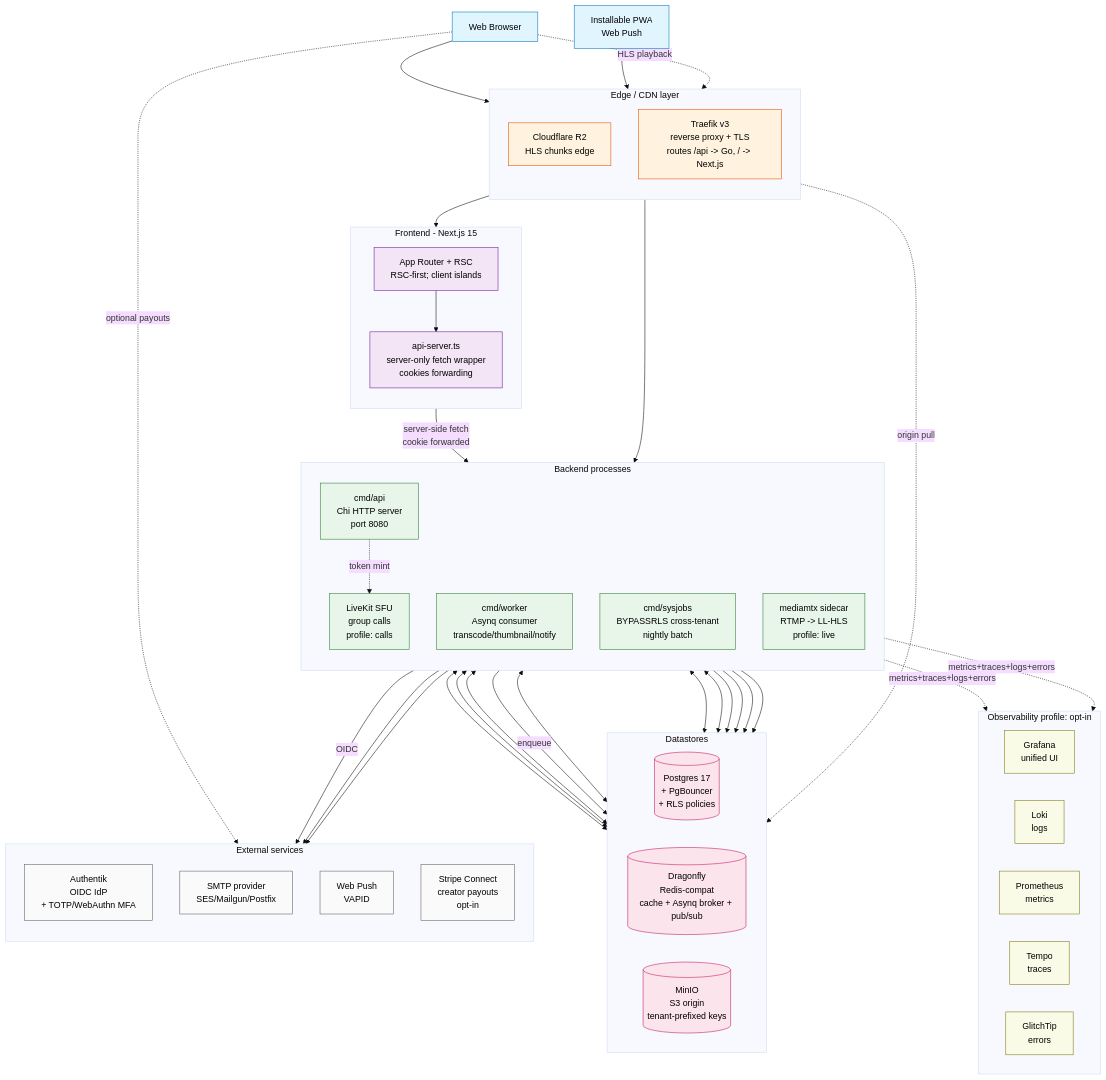
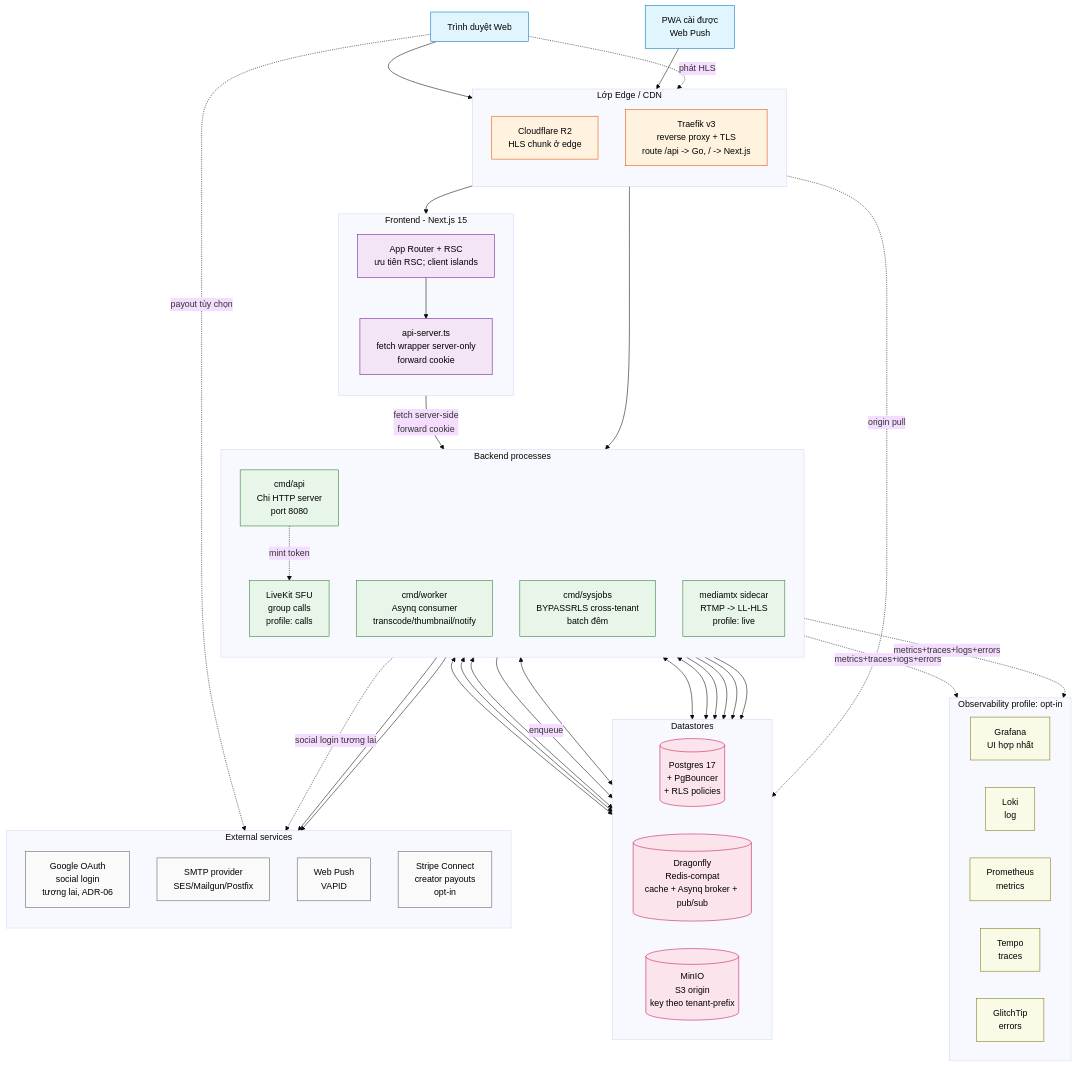
One commit to jackone2991/portal changed the first of 7 diagrams in doc/vi/diagrams.md. Above: the diagram before and after it, drawn with Mermaid (base theme). The commit also changed other lines of this file and 50 other files, not shown here.

````diff
--- a/doc/vi/diagrams.md
+++ b/doc/vi/diagrams.md
@@ -30,26 +30,26 @@
     classDef external fill:#fafafa,stroke:#616161,color:#000
     classDef observability fill:#f9fbe7,stroke:#827717,color:#000
 
-    Browser[Web Browser]:::user
-    PWA[Installable PWA<br/>Web Push]:::user
+    Browser[Trình duyệt Web]:::user
+    PWA[PWA cài được<br/>Web Push]:::user
 
-    subgraph EDGE[Edge / CDN layer]
+    subgraph EDGE[Lớp Edge / CDN]
         direction TB
-        R2[Cloudflare R2<br/>HLS chunks edge]:::edge
-        Traefik[Traefik v3<br/>reverse proxy + TLS<br/>routes /api -> Go, / -> Next.js]:::edge
+        R2[Cloudflare R2<br/>HLS chunk ở edge]:::edge
+        Traefik[Traefik v3<br/>reverse proxy + TLS<br/>route /api -> Go, / -> Next.js]:::edge
     end
 
     subgraph FRONTEND[Frontend - Next.js 15]
         direction TB
-        Next[App Router + RSC<br/>RSC-first; client islands]:::frontend
-        APIServer[api-server.ts<br/>server-only fetch wrapper<br/>cookies forwarding]:::frontend
+        Next[App Router + RSC<br/>ưu tiên RSC; client islands]:::frontend
+        APIServer[api-server.ts<br/>fetch wrapper server-only<br/>forward cookie]:::frontend
     end
 
     subgraph BACKENDPROC[Backend processes]
         direction TB
         CmdAPI[cmd/api<br/>Chi HTTP server<br/>port 8080]:::backend
         CmdWorker[cmd/worker<br/>Asynq consumer<br/>transcode/thumbnail/notify]:::backend
-        CmdSysJobs[cmd/sysjobs<br/>BYPASSRLS cross-tenant<br/>nightly batch]:::backend
+        CmdSysJobs[cmd/sysjobs<br/>BYPASSRLS cross-tenant<br/>batch đêm]:::backend
         MediaMTX[mediamtx sidecar<br/>RTMP -> LL-HLS<br/>profile: live]:::backend
         LiveKit[LiveKit SFU<br/>group calls<br/>profile: calls]:::backend
     end
@@ -58,12 +58,12 @@
         direction LR
         PG[(Postgres 17<br/>+ PgBouncer<br/>+ RLS policies)]:::datastore
         Dragonfly[(Dragonfly<br/>Redis-compat<br/>cache + Asynq broker + pub/sub)]:::datastore
-        MinIO[(MinIO<br/>S3 origin<br/>tenant-prefixed keys)]:::datastore
+        MinIO[(MinIO<br/>S3 origin<br/>key theo tenant-prefix)]:::datastore
     end
 
     subgraph EXT[External services]
         direction TB
-        Authentik[Authentik<br/>OIDC IdP<br/>+ TOTP/WebAuthn MFA]:::external
+        GoogleOAuth[Google OAuth<br/>social login<br/>tương lai, ADR-06]:::external
         SMTP[SMTP provider<br/>SES/Mailgun/Postfix]:::external
         WebPush[Web Push<br/>VAPID]:::external
         Stripe[Stripe Connect<br/>creator payouts<br/>opt-in]:::external
@@ -71,8 +71,8 @@
 
     subgraph OBS[Observability profile: opt-in]
         direction LR
-        Grafana[Grafana<br/>unified UI]:::observability
-        Loki[Loki<br/>logs]:::observability
+        Grafana[Grafana<br/>UI hợp nhất]:::observability
+        Loki[Loki<br/>log]:::observability
         Prom[Prometheus<br/>metrics]:::observability
         Tempo[Tempo<br/>traces]:::observability
         GlitchTip[GlitchTip<br/>errors]:::observability
@@ -80,19 +80,19 @@
 
     Browser --> Traefik
     PWA --> Traefik
-    Browser -.HLS playback.-> R2
+    Browser -.phát HLS.-> R2
     R2 -.origin pull.-> MinIO
 
     Traefik --> Next
     Traefik --> CmdAPI
     Next --> APIServer
-    APIServer -->|server-side fetch<br/>cookie forwarded| CmdAPI
+    APIServer -->|fetch server-side<br/>forward cookie| CmdAPI
 
     CmdAPI <--> PG
     CmdAPI <--> Dragonfly
     CmdAPI <--> MinIO
     CmdAPI -->|enqueue| Dragonfly
-    CmdAPI -->|OIDC| Authentik
+    CmdAPI -.social login tương lai.-> GoogleOAuth
 
     CmdWorker <--> Dragonfly
     CmdWorker <--> PG
@@ -105,10 +105,10 @@
 
     MediaMTX --> MinIO
     LiveKit --> MinIO
-    CmdAPI -.token mint.-> LiveKit
+    CmdAPI -.mint token.-> LiveKit
 
     CmdAPI -.metrics+traces+logs+errors.-> OBS
     CmdWorker -.metrics+traces+logs+errors.-> OBS
 
-    Browser -.optional payouts.-> Stripe
+    Browser -.payout tùy chọn.-> Stripe
 ```
````
